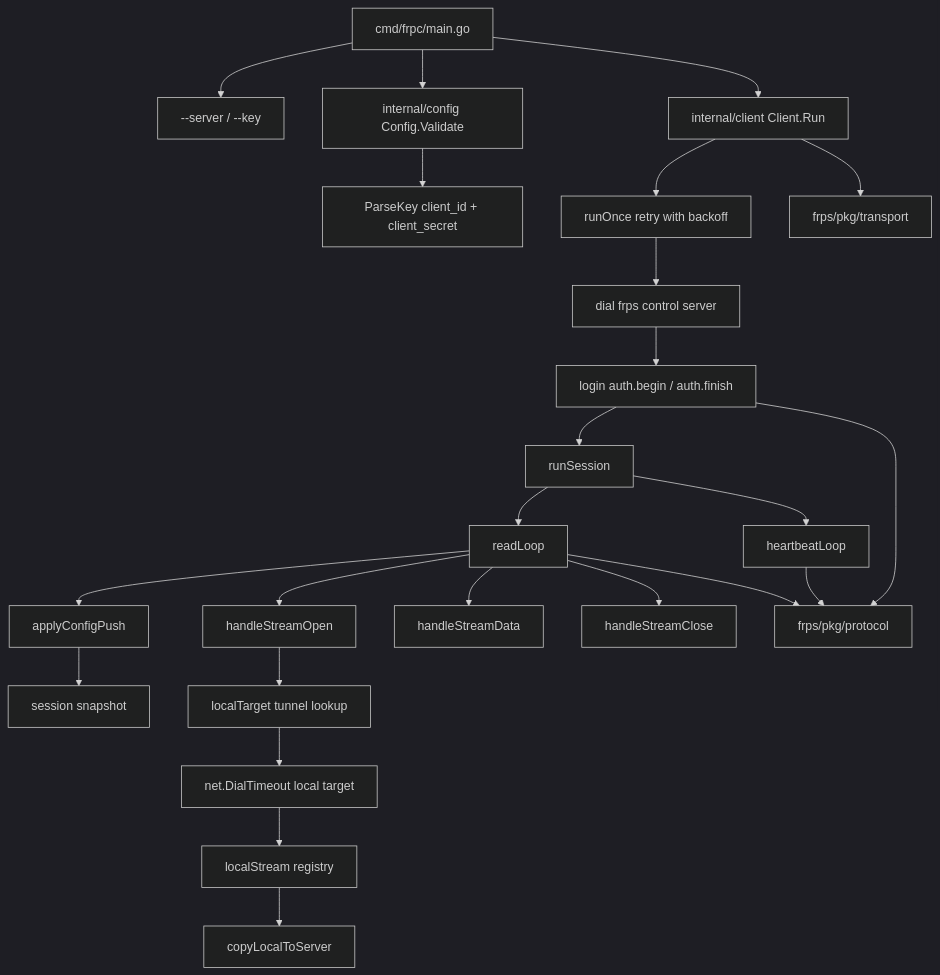
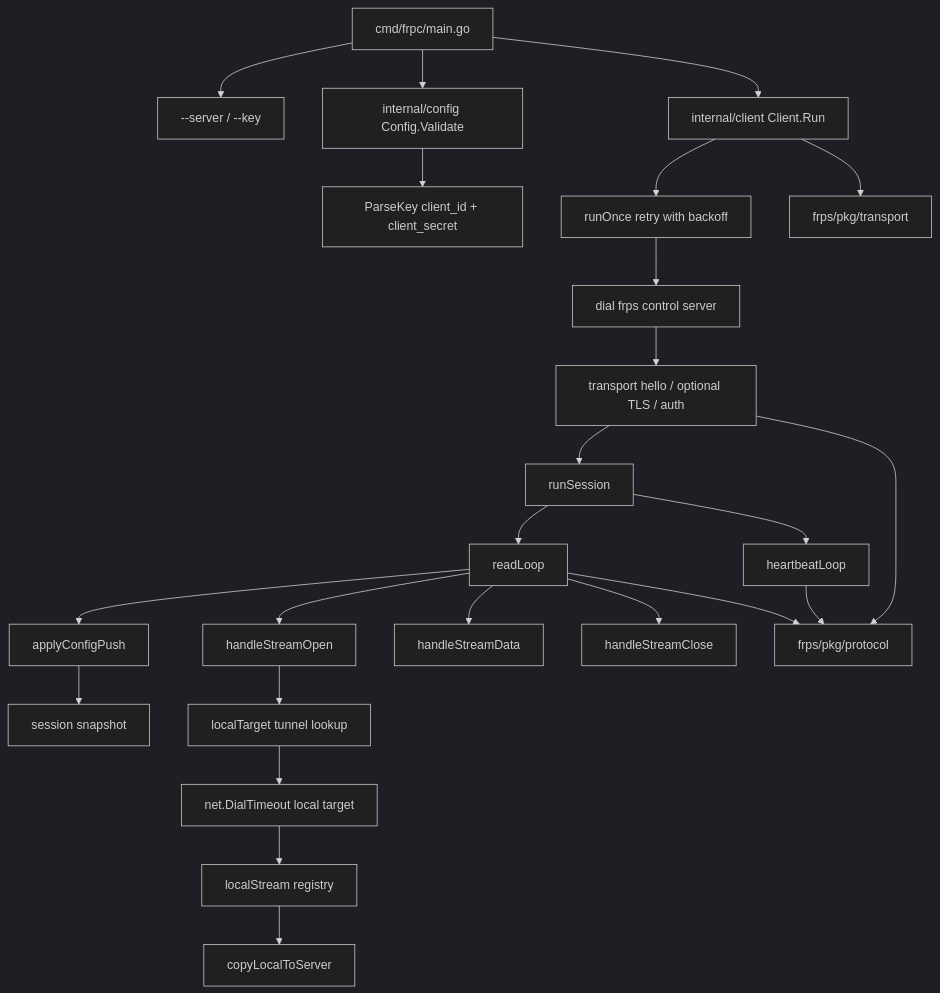
Before and after one commit to Zightch/frp: the third of 6 diagrams in docs/frps-frpc-current-architecture.md, drawn with Mermaid (dark theme). The commit also changed other lines of this file and 16 other files, not shown here.

Commit message:
docs: sync control architecture and regression entries

````diff
--- a/docs/frps-frpc-current-architecture.md
+++ b/docs/frps-frpc-current-architecture.md
@@ -91,31 +90,31 @@
 ```mermaid
 flowchart TB
     Main[cmd/frpc/main.go] --> Flags[--server / --key]
     Main --> Config[internal/config Config.Validate]
     Config --> Key[ParseKey client_id + client_secret]
     Main --> Client[internal/client Client.Run]
 
     Client --> Reconnect[runOnce retry with backoff]
     Reconnect --> Dial[dial frps control server]
-    Dial --> Login[login auth.begin / auth.finish]
+    Dial --> Login[transport hello / optional TLS / auth]
     Login --> Session[runSession]
 
     Session --> ReadLoop[readLoop]
     Session --> Heartbeat[heartbeatLoop]
 
     ReadLoop --> ConfigPush[applyConfigPush]
     ReadLoop --> StreamOpen[handleStreamOpen]
     ReadLoop --> StreamData[handleStreamData]
     ReadLoop --> StreamClose[handleStreamClose]
 
     ConfigPush --> Snapshot[session snapshot]
     StreamOpen --> Target[localTarget tunnel lookup]
     Target --> LocalDial[net.DialTimeout local target]
     LocalDial --> LocalStream[localStream registry]
     LocalStream --> CopyLocal[copyLocalToServer]
 
     Login --> Protocol[frps/pkg/protocol]
     ReadLoop --> Protocol
     Heartbeat --> Protocol
     Client --> Transport[frps/pkg/transport]
 ```
````
